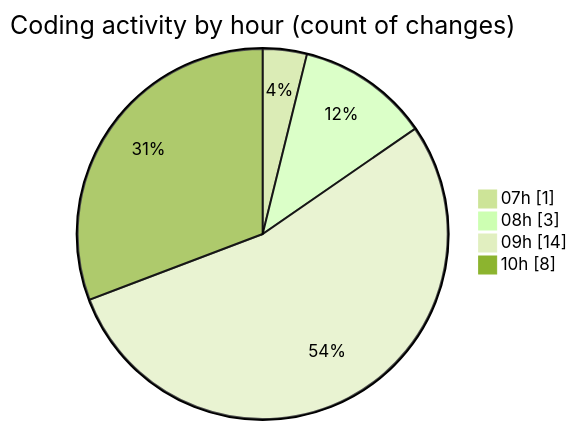
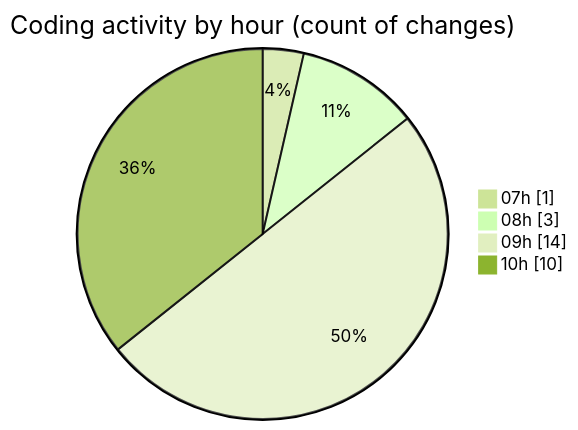
One commit to tmsrecording-cyber/code-tracking changed the second of 2 diagrams in 2026-02-02/singularitybrainai/README.md. Above: the diagram before and after it, drawn with Mermaid (forest theme). The commit also changed other lines of this file and 1 other file, not shown here.

````diff
--- a/2026-02-02/singularitybrainai/README.md
+++ b/2026-02-02/singularitybrainai/README.md
@@ -37,8 +37,8 @@
 ```mermaid
 pie showData
 title Coding activity by hour (count of changes)
 "07h" : 1
 "08h" : 3
 "09h" : 14
-"10h" : 8
+"10h" : 10
 ```
````
